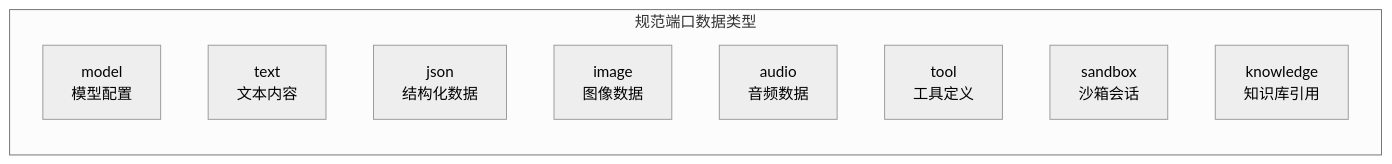
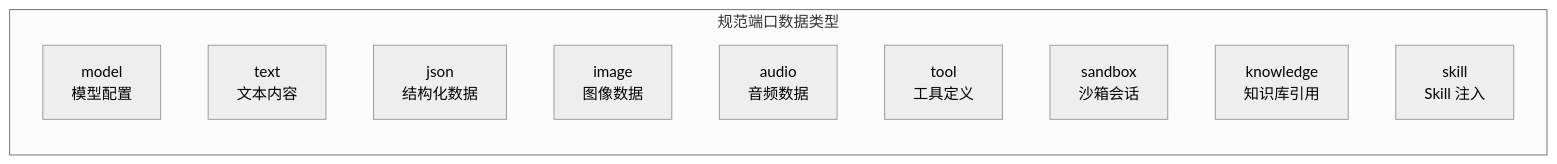
Before and after one commit to Lynricsy/AgentLoom: the fifth of 8 diagrams in agentloom-docs/zh/guide/concepts.md, drawn with Mermaid (neutral theme). The commit also changed other lines of this file and 25 other files, not shown here.

````diff
--- a/agentloom-docs/zh/guide/concepts.md
+++ b/agentloom-docs/zh/guide/concepts.md
@@ -119,13 +149,14 @@
 ```mermaid
 flowchart LR
     subgraph Types["规范端口数据类型"]
         model["model<br/>模型配置"]
         text["text<br/>文本内容"]
         json["json<br/>结构化数据"]
         image["image<br/>图像数据"]
         audio["audio<br/>音频数据"]
         tool["tool<br/>工具定义"]
         sandbox["sandbox<br/>沙箱会话"]
         knowledge["knowledge<br/>知识库引用"]
+        skill["skill<br/>Skill 注入"]
     end
 ```
````
